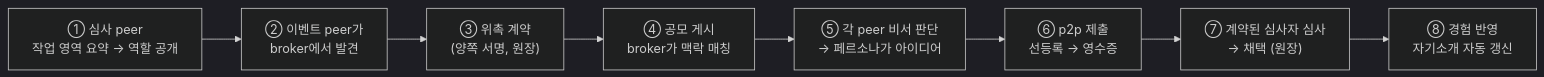
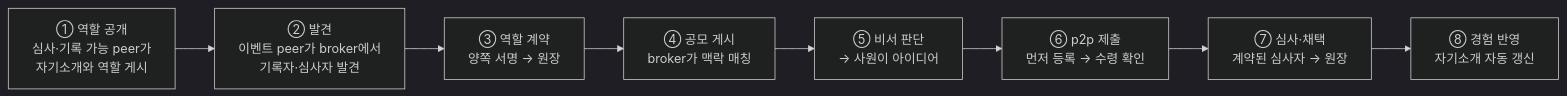
One commit to tanminkwan/share-ur-tokens changed the diagram in docs/hackathon-proposal.md. Above: the diagram before and after it, drawn with Mermaid (dark theme). The commit also changed other lines of this file and 16 other files, not shown here.

````diff
--- a/docs/hackathon-proposal.md
+++ b/docs/hackathon-proposal.md
@@ -60,10 +61,10 @@
 ```mermaid
 flowchart LR
-    S["① 심사 peer<br/>작업 영역 요약 → 역할 공개"] --> F["② 이벤트 peer가<br/>broker에서 발견"]
-    F --> K["③ 위촉 계약<br/>(양쪽 서명, 원장)"]
+    S["① 역할 공개<br/>심사·기록 가능 peer가<br/>자기소개와 역할 게시"] --> F["② 발견<br/>이벤트 peer가 broker에서<br/>기록자·심사자 발견"]
+    F --> K["③ 역할 계약<br/>양쪽 서명 → 원장"]
     K --> C["④ 공모 게시<br/>broker가 맥락 매칭"]
-    C --> J["⑤ 각 peer 비서 판단<br/>→ 페르소나가 아이디어"]
-    J --> P["⑥ p2p 제출<br/>선등록 → 영수증"]
-    P --> V["⑦ 계약된 심사자 심사<br/>→ 채택 (원장)"]
+    C --> J["⑤ 비서 판단<br/>→ 사원이 아이디어"]
+    J --> P["⑥ p2p 제출<br/>먼저 등록 → 수령 확인"]
+    P --> V["⑦ 심사·채택<br/>계약된 심사자 → 원장"]
     V --> U["⑧ 경험 반영<br/>자기소개 자동 갱신"]
 ```
````
